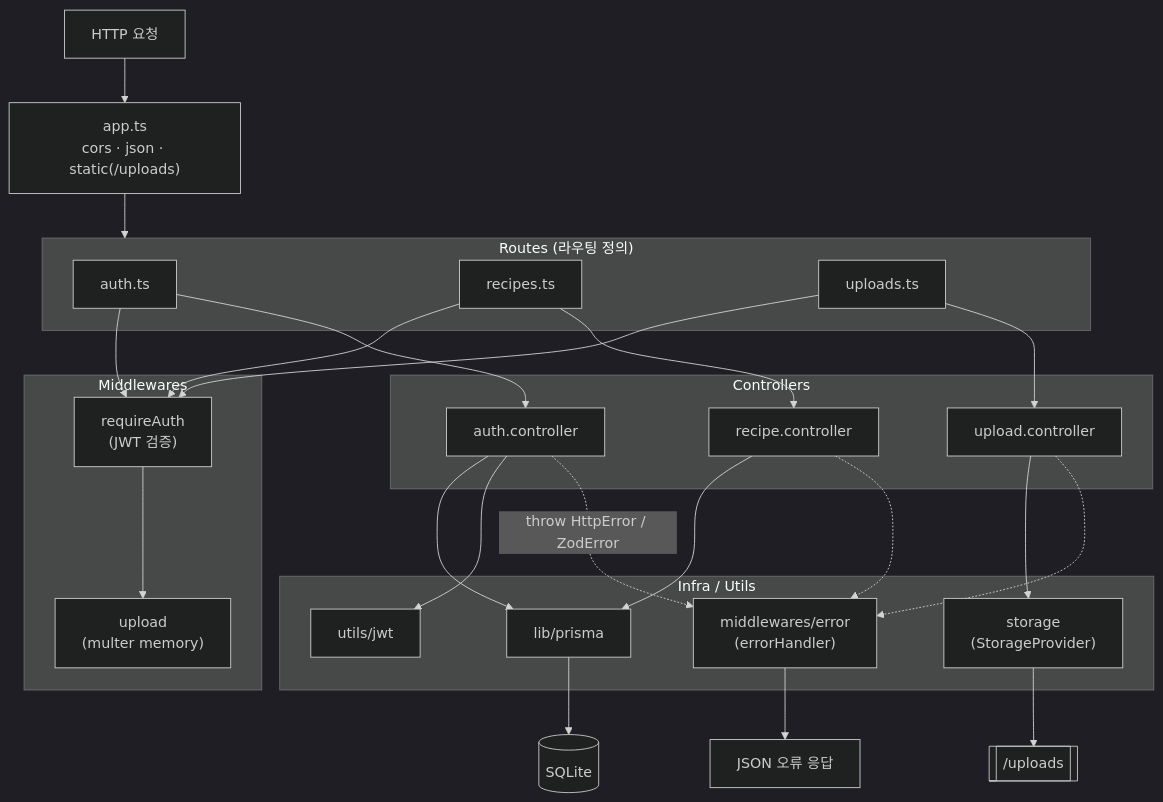
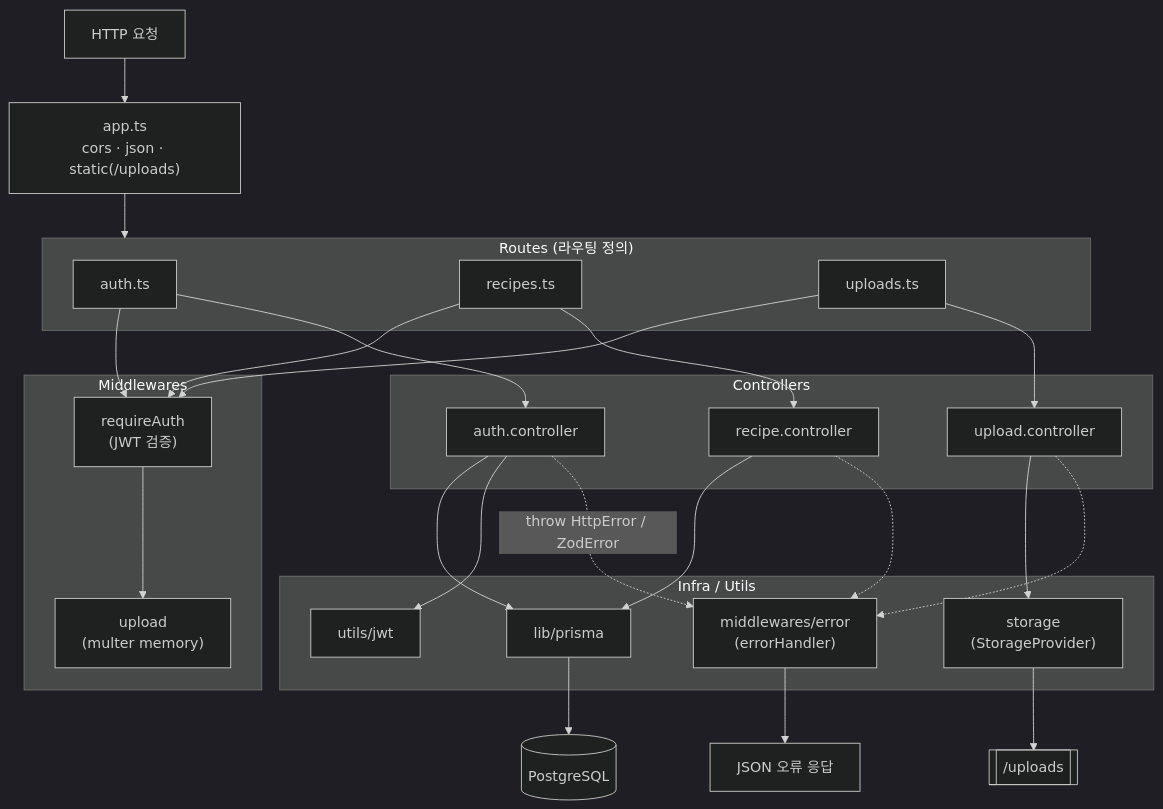
The second of 8 diagrams in docs/ARCHITECTURE.md (woodruff2k/recipe), drawn with Mermaid (dark theme) before and after one commit. The commit also changed other lines of this file and 9 other files, not shown here.

First line of the commit message:
docs: add Architecture Decision Records (ADR)

````diff
--- a/docs/ARCHITECTURE.md
+++ b/docs/ARCHITECTURE.md
@@ -57,50 +57,50 @@
 ```mermaid
 flowchart TD
     Req["HTTP 요청"] --> APP["app.ts<br/>cors · json · static(/uploads)"]
 
     APP --> ROUTES
 
     subgraph ROUTES["Routes (라우팅 정의)"]
         RA["auth.ts"]
         RR["recipes.ts"]
         RU["uploads.ts"]
     end
 
     subgraph MW["Middlewares"]
         MAUTH["requireAuth<br/>(JWT 검증)"]
         MUP["upload<br/>(multer memory)"]
     end
 
     subgraph CTRL["Controllers"]
         CA["auth.controller"]
         CR["recipe.controller"]
         CU["upload.controller"]
     end
 
     subgraph INFRA["Infra / Utils"]
         PRISMA["lib/prisma"]
         STORE["storage<br/>(StorageProvider)"]
         JWTU["utils/jwt"]
         ERR["middlewares/error<br/>(errorHandler)"]
     end
 
     RA --> MAUTH
     RR --> MAUTH
     RU --> MAUTH --> MUP
     RA --> CA
     RR --> CR
     RU --> CU
 
     CA --> PRISMA
     CA --> JWTU
     CR --> PRISMA
     CU --> STORE
 
-    PRISMA --> DB[("SQLite")]
+    PRISMA --> DB[("PostgreSQL")]
     STORE --> FS[["/uploads"]]
 
     CA -.->|throw HttpError / ZodError| ERR
     CR -.-> ERR
     CU -.-> ERR
     ERR --> Res["JSON 오류 응답"]
 ```
````
